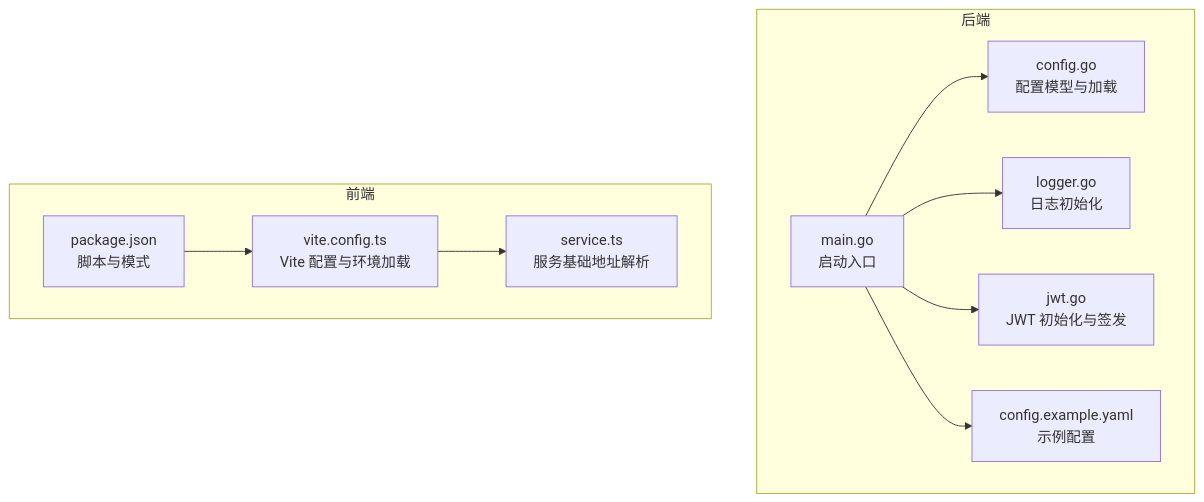
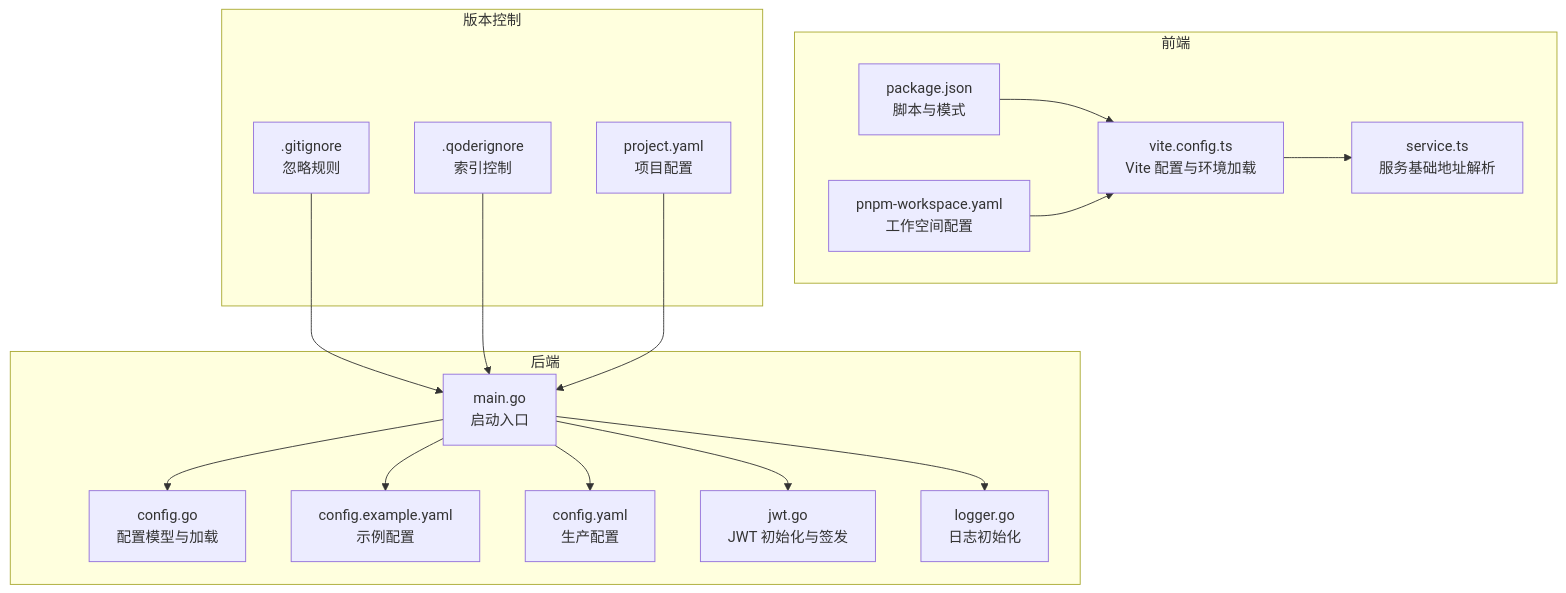
The first of 5 diagrams in .qoder/repowiki/zh/content/配置指南/配置指南.md (knifezred/boread), drawn with Mermaid before and after one commit. The commit also changed other lines of this file and 4 other files, not shown here.

````diff
--- a/.qoder/repowiki/zh/content/配置指南/配置指南.md
+++ b/.qoder/repowiki/zh/content/配置指南/配置指南.md
@@ -36,21 +54,33 @@
 ```mermaid
 graph TB
 subgraph "后端"
 M["main.go<br/>启动入口"]
 CFG["config.go<br/>配置模型与加载"]
 YML["config.example.yaml<br/>示例配置"]
+YAML["config.yaml<br/>生产配置"]
 JWT["jwt.go<br/>JWT 初始化与签发"]
 LOG["logger.go<br/>日志初始化"]
 end
 subgraph "前端"
 VC["vite.config.ts<br/>Vite 配置与环境加载"]
 SVC["service.ts<br/>服务基础地址解析"]
 PKG["package.json<br/>脚本与模式"]
+WS["pnpm-workspace.yaml<br/>工作空间配置"]
+end
+subgraph "版本控制"
+GI[".gitignore<br/>忽略规则"]
+QI[".qoderignore<br/>索引控制"]
+PJ["project.yaml<br/>项目配置"]
 end
 M --> CFG
 M --> LOG
 M --> JWT
 M --> YML
+M --> YAML
 VC --> SVC
 PKG --> VC
+WS --> VC
+GI --> M
+QI --> M
+PJ --> M
 ```
````
